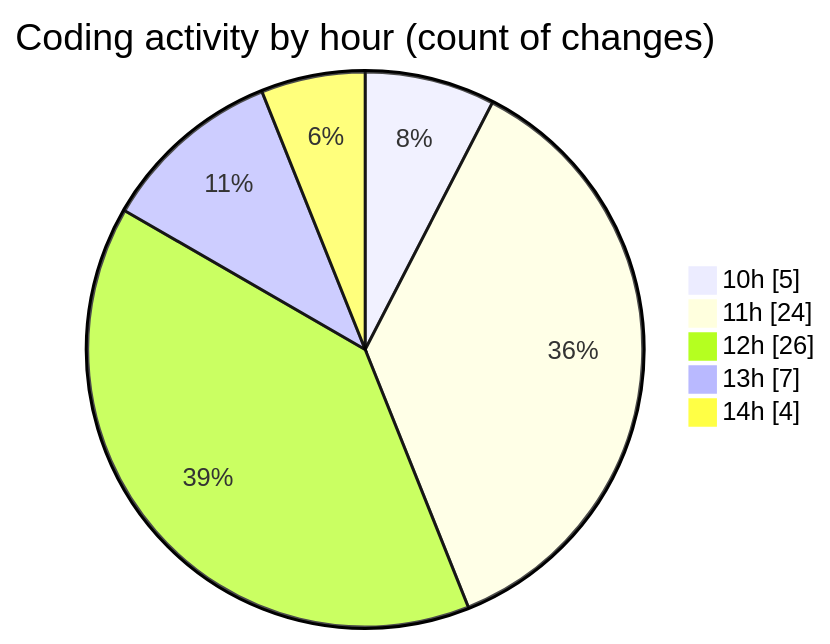
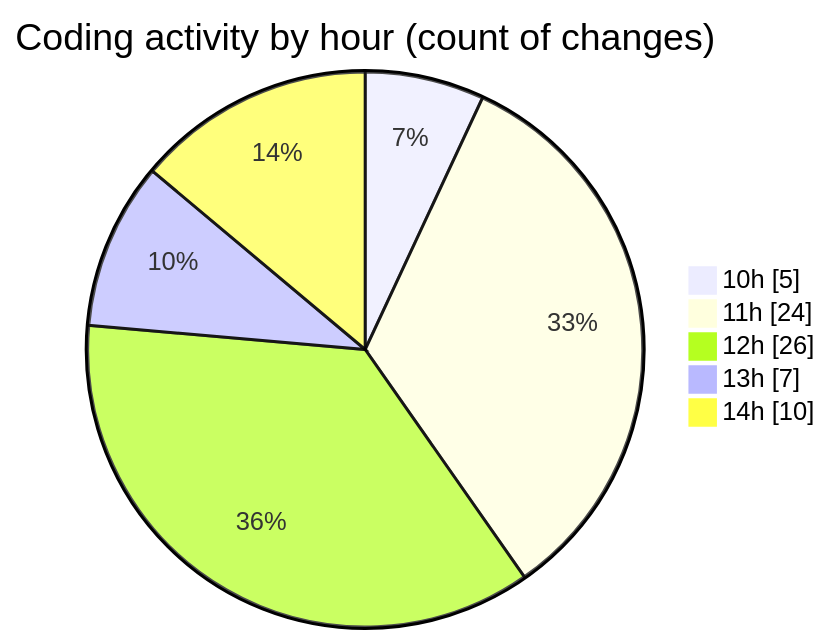
One commit to nxtqubesakshisongat/code-tracking changed the second of 2 diagrams in 2025-06-21/nxtqube_webapp/README.md. Above: the diagram before and after it, drawn with Mermaid. The commit also changed other lines of this file and 1 other file, not shown here.

````diff
--- a/2025-06-21/nxtqube_webapp/README.md
+++ b/2025-06-21/nxtqube_webapp/README.md
@@ -34,9 +34,9 @@
 ```mermaid
 pie showData
 title Coding activity by hour (count of changes)
 "10h" : 5
 "11h" : 24
 "12h" : 26
 "13h" : 7
-"14h" : 4
+"14h" : 10
 ```
````
